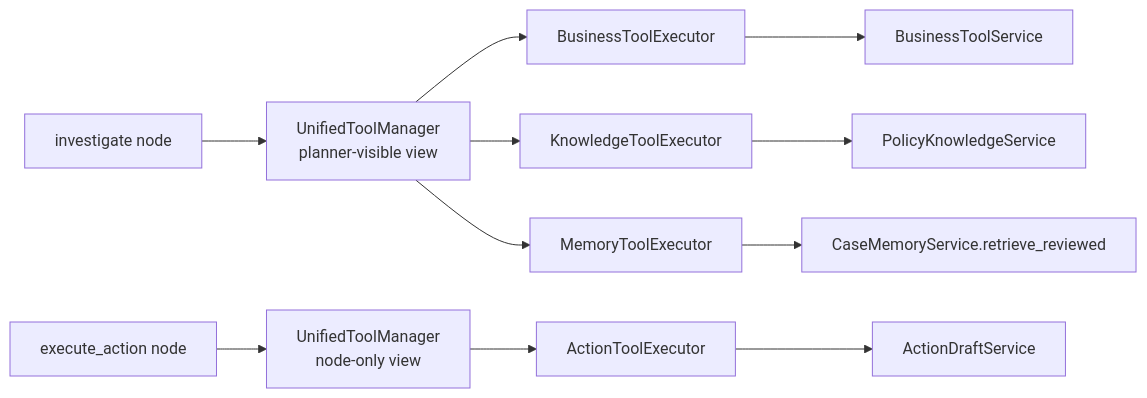
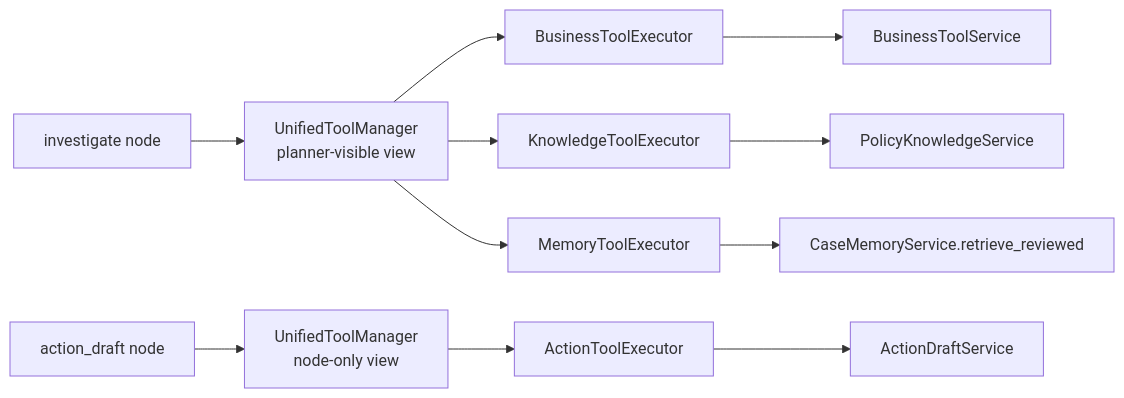
The third of 4 diagrams in docs/architecture-overview.md (weijie567/MOCA), drawn with Mermaid before and after one commit. The commit also changed other lines of this file and 16 other files, not shown here.

Commit message:
docs: sync canonical graph architecture references

````diff
--- a/docs/architecture-overview.md
+++ b/docs/architecture-overview.md
@@ -274,14 +289,14 @@
 ```mermaid
 graph LR
     Investigate[investigate node] --> PlannerView[UnifiedToolManager\nplanner-visible view]
     PlannerView --> BusinessExec[BusinessToolExecutor]
     PlannerView --> KnowledgeExec[KnowledgeToolExecutor]
     PlannerView --> MemoryExec[MemoryToolExecutor]
     BusinessExec --> BusinessSvc[BusinessToolService]
     KnowledgeExec --> KnowledgeSvc[PolicyKnowledgeService]
     MemoryExec --> MemorySvc[CaseMemoryService.retrieve_reviewed]
 
-    Execute[execute_action node] --> NodeOnly[UnifiedToolManager\nnode-only view]
+    Draft[action_draft node] --> NodeOnly[UnifiedToolManager\nnode-only view]
     NodeOnly --> ActionExec[ActionToolExecutor]
     ActionExec --> ActionSvc[ActionDraftService]
 ```
````
